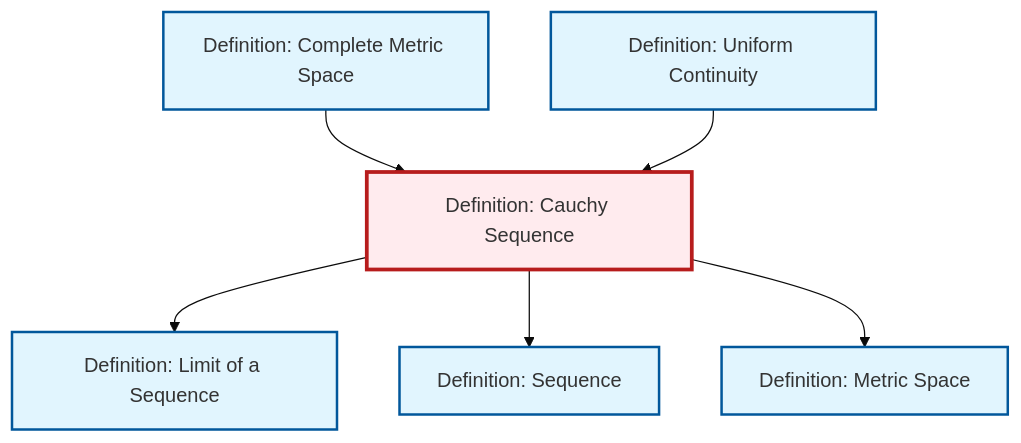
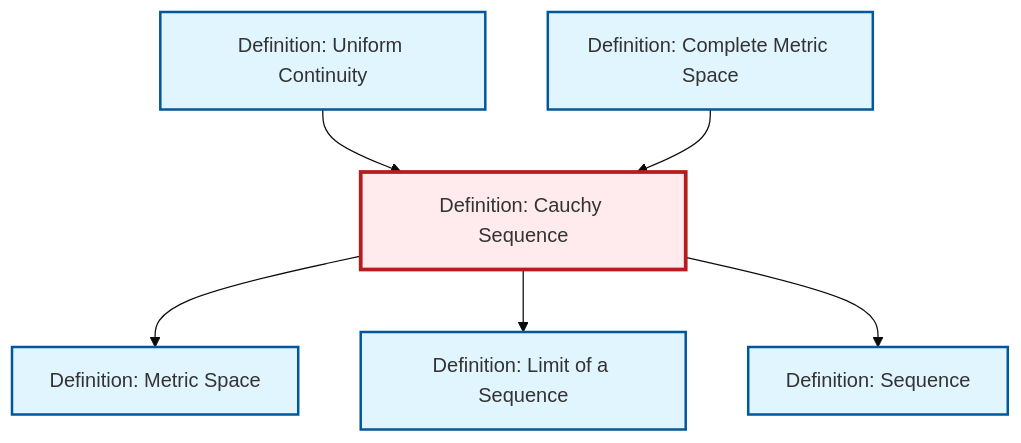
One commit to RK0429/ModernMath changed the diagram in content/en/analysis/def-cauchy-sequence.qmd. Above: the diagram before and after it, drawn with Mermaid (base theme). The commit also changed other lines of this file and 654 other files, not shown here.

````diff
--- a/content/en/analysis/def-cauchy-sequence.qmd
+++ b/content/en/analysis/def-cauchy-sequence.qmd
@@ -88,26 +88,26 @@
 ```{mermaid}
 %%| fig-cap: "Local dependency graph"
 graph TD
     classDef definition fill:#e1f5fe,stroke:#01579b,stroke-width:2px
     classDef theorem fill:#f3e5f5,stroke:#4a148c,stroke-width:2px
     classDef axiom fill:#fff3e0,stroke:#e65100,stroke-width:2px
     classDef example fill:#e8f5e9,stroke:#1b5e20,stroke-width:2px
     classDef current fill:#ffebee,stroke:#b71c1c,stroke-width:3px
+    def-metric-space["Definition: Metric Space"]:::definition
+    def-cauchy-sequence["Definition: Cauchy Sequence"]:::definition
+    def-complete-metric-space["Definition: Complete Metric Space"]:::definition
+    def-limit["Definition: Limit of a Sequence"]:::definition
     def-sequence["Definition: Sequence"]:::definition
-    def-cauchy-sequence["Definition: Cauchy Sequence"]:::definition
-    def-metric-space["Definition: Metric Space"]:::definition
     def-uniform-continuity["Definition: Uniform Continuity"]:::definition
-    def-limit["Definition: Limit of a Sequence"]:::definition
-    def-complete-metric-space["Definition: Complete Metric Space"]:::definition
+    def-uniform-continuity --> def-cauchy-sequence
+    def-complete-metric-space --> def-cauchy-sequence
+    def-cauchy-sequence --> def-metric-space
     def-cauchy-sequence --> def-limit
-    def-complete-metric-space --> def-cauchy-sequence
     def-cauchy-sequence --> def-sequence
-    def-cauchy-sequence --> def-metric-space
-    def-uniform-continuity --> def-cauchy-sequence
     class def-cauchy-sequence current
+    click def-metric-space "def-metric-space.html" "Go to Metric Space definition"
+    click def-complete-metric-space "def-complete-metric-space.html" "Go to Complete Metric Space definition"
+    click def-limit "def-limit.html" "Go to Limit of a Sequence definition"
     click def-sequence "def-sequence.html" "Go to Sequence definition"
-    click def-metric-space "def-metric-space.html" "Go to Metric Space definition"
     click def-uniform-continuity "def-uniform-continuity.html" "Go to Uniform Continuity definition"
-    click def-limit "def-limit.html" "Go to Limit of a Sequence definition"
-    click def-complete-metric-space "def-complete-metric-space.html" "Go to Complete Metric Space definition"
 ```
````
